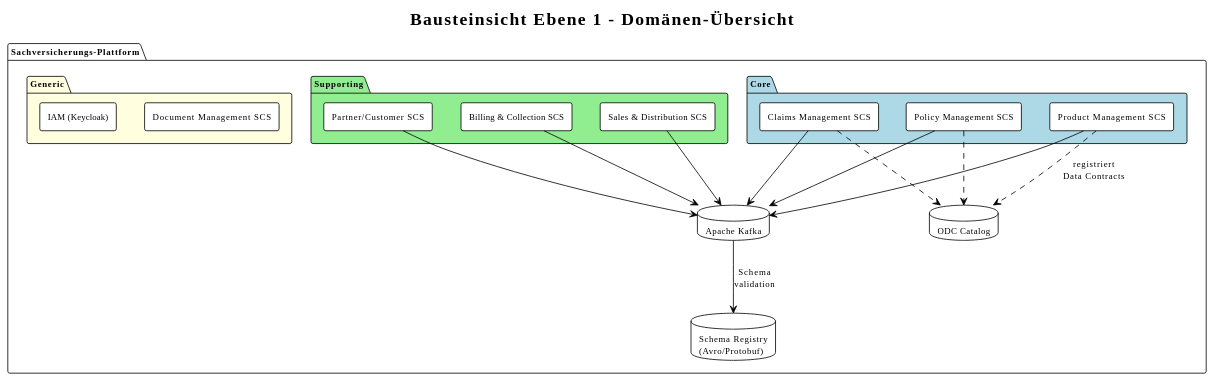
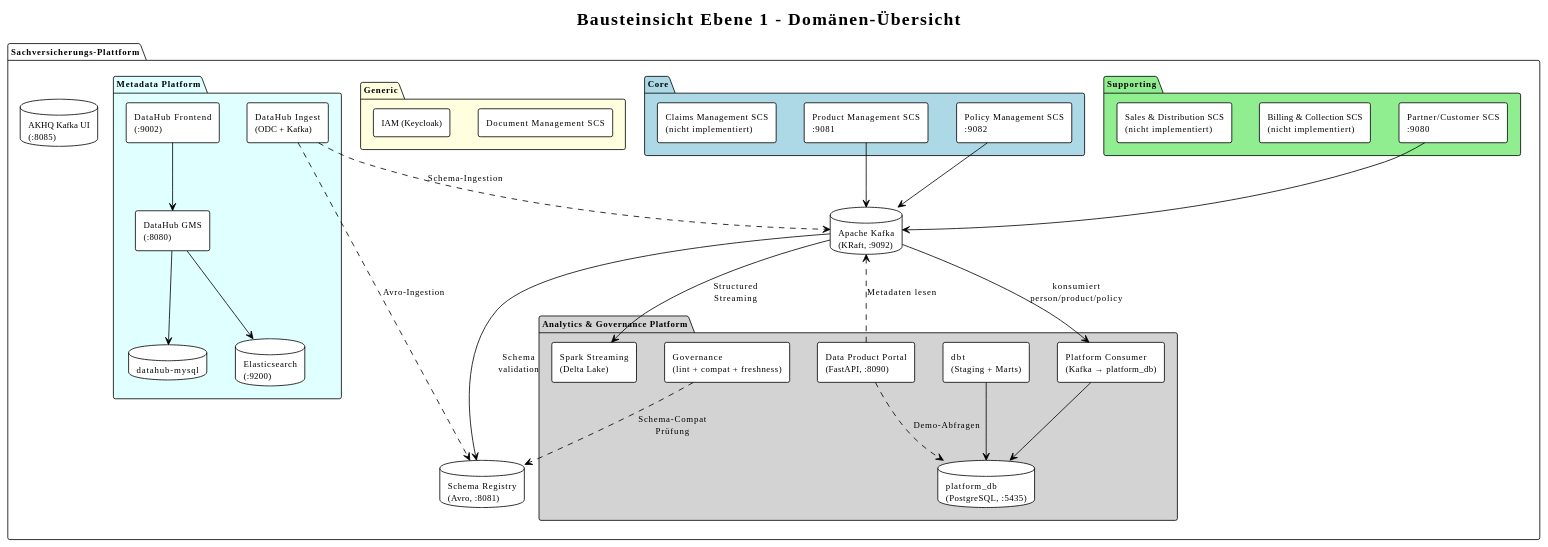
One commit to LukasW/datamesh changed the fourth of 16 diagrams in specs/arc42.md. Above: the diagram before and after it, drawn with PlantUML. The commit also changed other lines of this file and 33 other files, not shown here.

````diff
--- a/specs/arc42.md
+++ b/specs/arc42.md
@@ -276,46 +276,70 @@
 ```plantuml
 @startuml baustein-l1
 !theme plain
 skinparam componentStyle rectangle
 skinparam defaultFontSize 11
 
 title Bausteinsicht Ebene 1 – Domänen-Übersicht
 
 package "Sachversicherungs-Plattform" {
 
   package "Core" #LightBlue {
-    [Product Management SCS] as PM
-    [Policy Management SCS] as POL
-    [Claims Management SCS] as CLM
+    [Product Management SCS\n:9081] as PM
+    [Policy Management SCS\n:9082] as POL
+    [Claims Management SCS\n(nicht implementiert)] as CLM
   }
 
   package "Supporting" #LightGreen {
-    [Partner/Customer SCS] as PCM
-    [Billing & Collection SCS] as BIL
-    [Sales & Distribution SCS] as SAL
+    [Partner/Customer SCS\n:9080] as PCM
+    [Billing & Collection SCS\n(nicht implementiert)] as BIL
+    [Sales & Distribution SCS\n(nicht implementiert)] as SAL
   }
 
   package "Generic" #LightYellow {
     [Document Management SCS] as DMS
     [IAM (Keycloak)] as IAM
   }
 
-  database "Apache Kafka" as KAFKA
-  database "Schema Registry\n(Avro/Protobuf)" as SR
-  database "ODC Catalog" as ODC
+  database "Apache Kafka\n(KRaft, :9092)" as KAFKA
+  database "Schema Registry\n(Avro, :8081)" as SR
+  database "AKHQ Kafka UI\n(:8085)" as AKHQ
+
+  package "Analytics & Governance Platform" #LightGrey {
+    [Platform Consumer\n(Kafka → platform_db)] as PC
+    [dbt\n(Staging + Marts)] as DBT
+    [Spark Streaming\n(Delta Lake)] as SPARK
+    [Governance\n(lint + compat + freshness)] as GOV
+    [Data Product Portal\n(FastAPI, :8090)] as PORTAL
+    database "platform_db\n(PostgreSQL, :5435)" as PLTDB
+  }
+
+  package "Metadata Platform" #LightCyan {
+    [DataHub GMS\n(:8080)] as DHGMS
+    [DataHub Frontend\n(:9002)] as DH
+    [DataHub Ingest\n(ODC + Kafka)] as DHINGEST
+    database "datahub-mysql" as DHMYSQL
+    database "Elasticsearch\n(:9200)" as DHES
+  }
 }
 
 PM --> KAFKA
 POL --> KAFKA
-CLM --> KAFKA
 PCM --> KAFKA
-BIL --> KAFKA
-SAL --> KAFKA
 
 KAFKA --> SR : Schema\nvalidation
-PM ..> ODC : registriert\nData Contracts
-POL ..> ODC
-CLM ..> ODC
+KAFKA --> PC : konsumiert\nperson/product/policy
+KAFKA --> SPARK : Structured\nStreaming
+
+PC --> PLTDB
+DBT --> PLTDB
+PORTAL ..> KAFKA : Metadaten lesen
+PORTAL ..> PLTDB : Demo-Abfragen
+GOV ..> SR : Schema-Compat\nPrüfung
+DHGMS --> DHMYSQL
+DHGMS --> DHES
+DH --> DHGMS
+DHINGEST ..> SR : Avro-Ingestion
+DHINGEST ..> KAFKA : Schema-Ingestion
 
 @enduml
 ```
````
